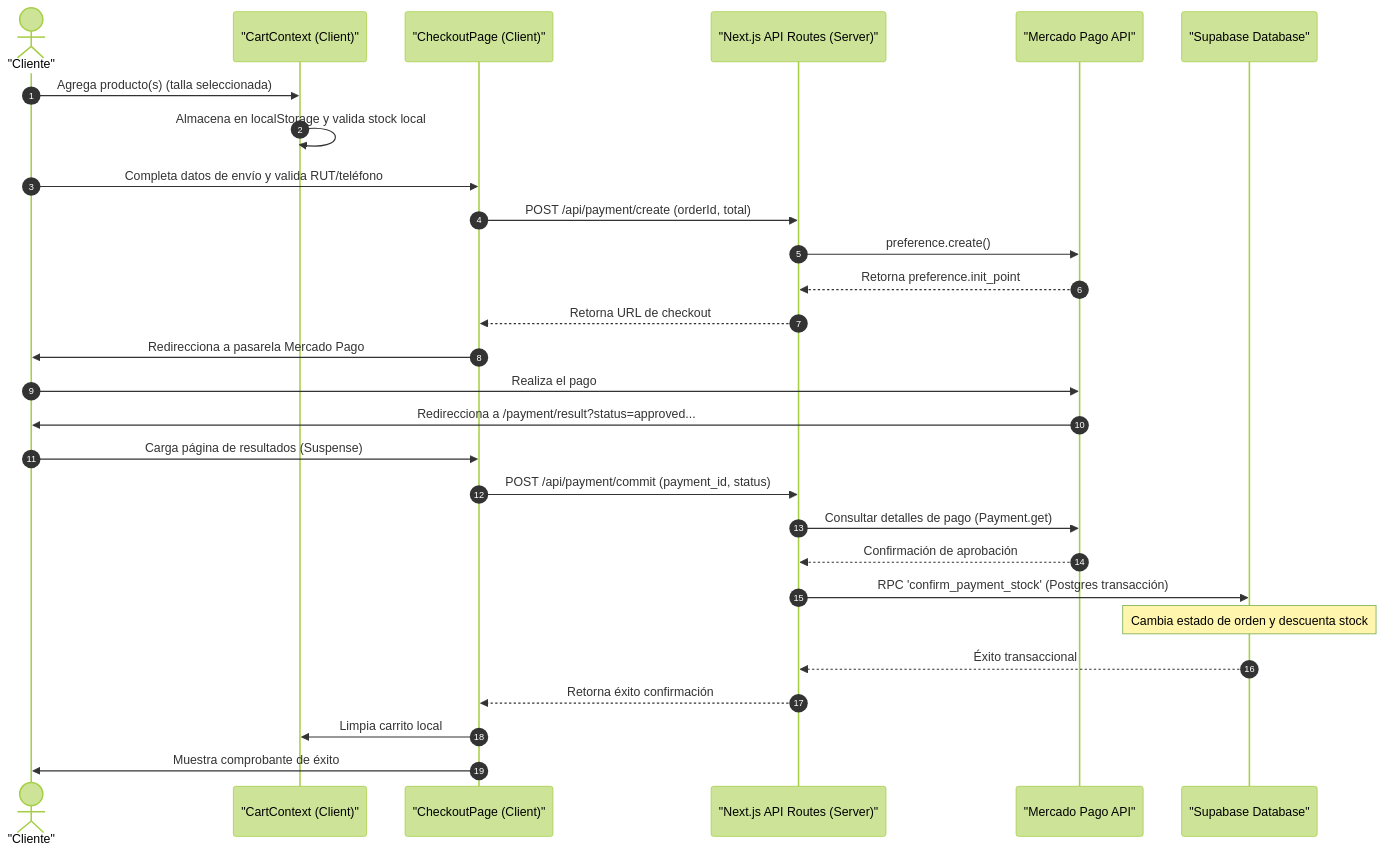
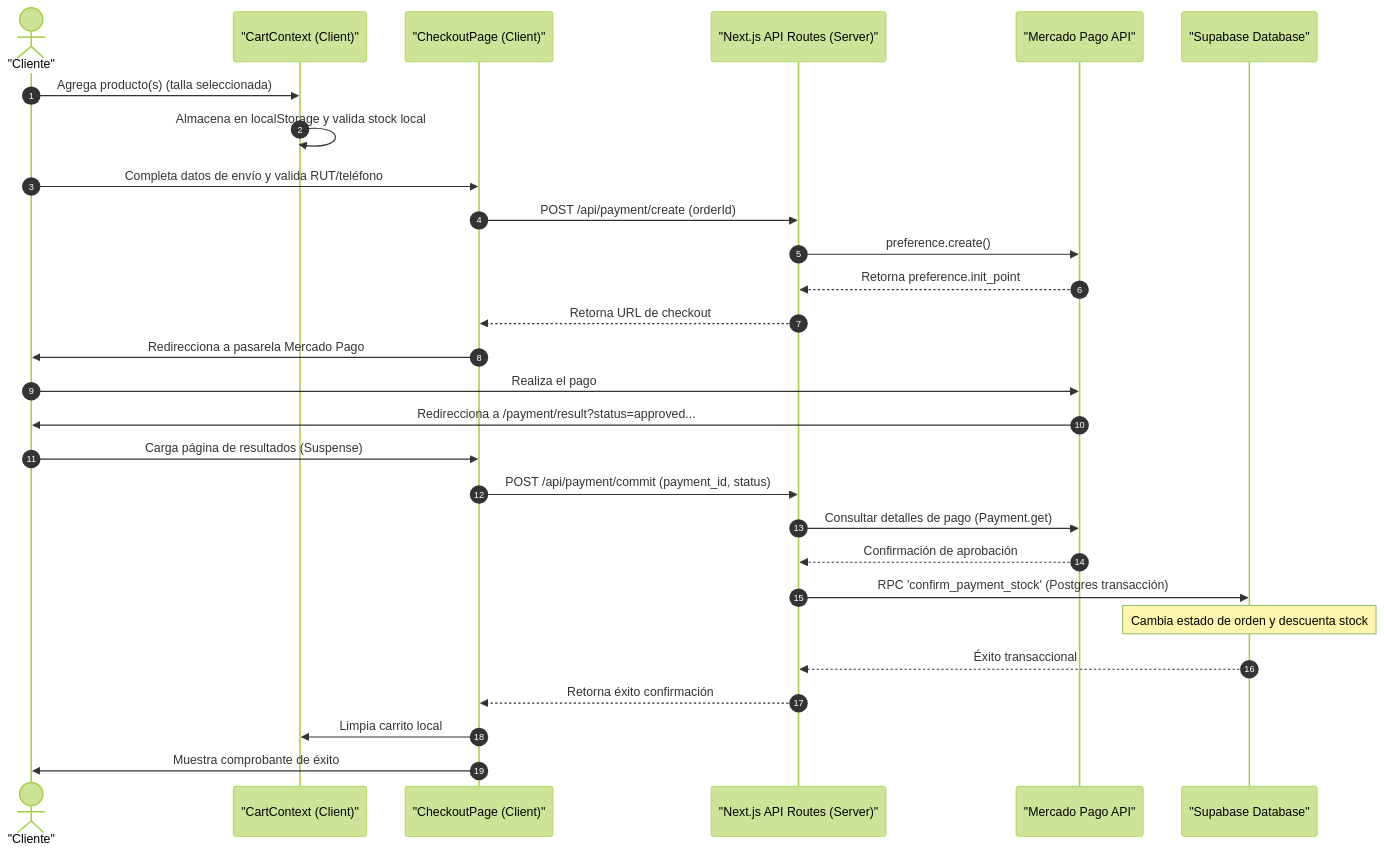
Before and after one commit to Tebias-cloud/joyas-fran: the diagram in README.md, drawn with Mermaid (forest theme). The commit also changed other lines of this file, not shown here.

````diff
--- a/README.md
+++ b/README.md
@@ -39,31 +27,31 @@
 ```mermaid
 sequenceDiagram
     autonumber
     actor Cliente as "Cliente"
     participant Cart as "CartContext (Client)"
     participant Checkout as "CheckoutPage (Client)"
     participant Server as "Next.js API Routes (Server)"
     participant MP as "Mercado Pago API"
     participant DB as "Supabase Database"
 
     Cliente->>Cart: Agrega producto(s) (talla seleccionada)
     Cart->>Cart: Almacena en localStorage y valida stock local
     Cliente->>Checkout: Completa datos de envío y valida RUT/teléfono
-    Checkout->>Server: POST /api/payment/create (orderId, total)
+    Checkout->>Server: POST /api/payment/create (orderId)
     Server->>MP: preference.create()
     MP-->>Server: Retorna preference.init_point
     Server-->>Checkout: Retorna URL de checkout
     Checkout->>Cliente: Redirecciona a pasarela Mercado Pago
     Cliente->>MP: Realiza el pago
     MP->>Cliente: Redirecciona a /payment/result?status=approved...
     Cliente->>Checkout: Carga página de resultados (Suspense)
     Checkout->>Server: POST /api/payment/commit (payment_id, status)
     Server->>MP: Consultar detalles de pago (Payment.get)
     MP-->>Server: Confirmación de aprobación
     Server->>DB: RPC 'confirm_payment_stock' (Postgres transacción)
     Note over DB: Cambia estado de orden y descuenta stock
     DB-->>Server: Éxito transaccional
     Server-->>Checkout: Retorna éxito confirmación
     Checkout->>Cart: Limpia carrito local
     Checkout->>Cliente: Muestra comprobante de éxito
 ```
````
